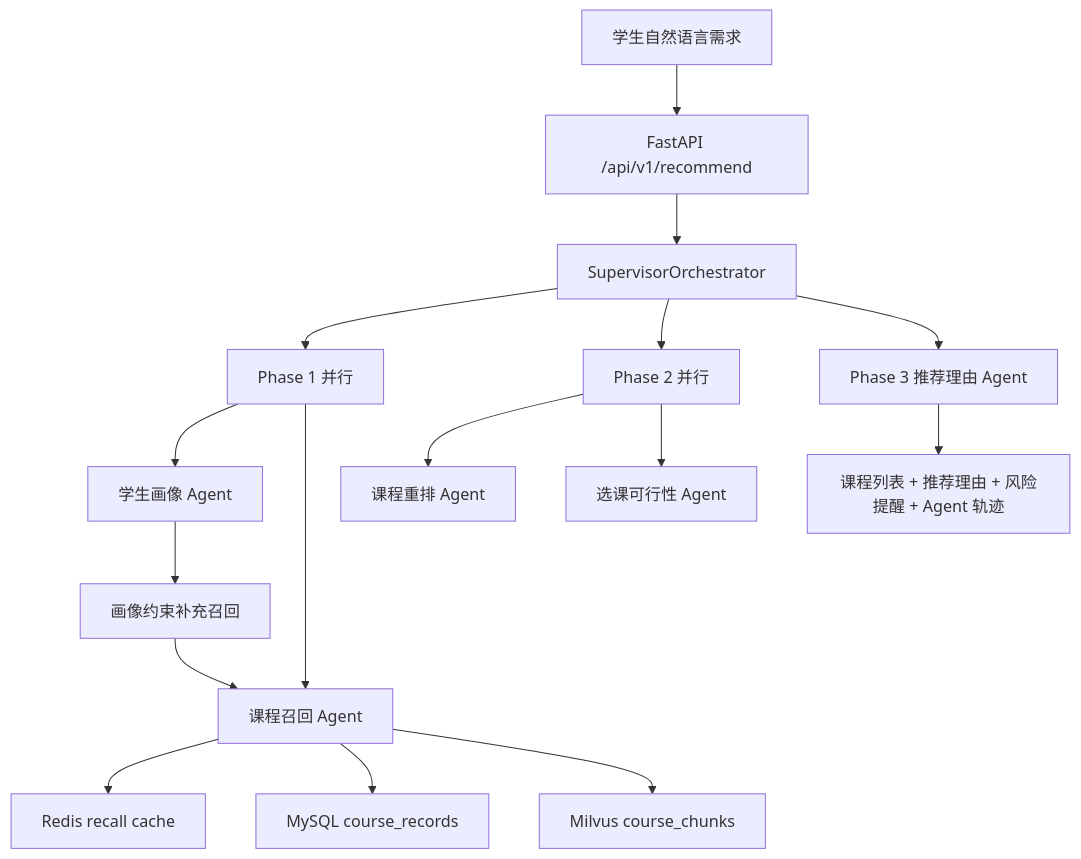
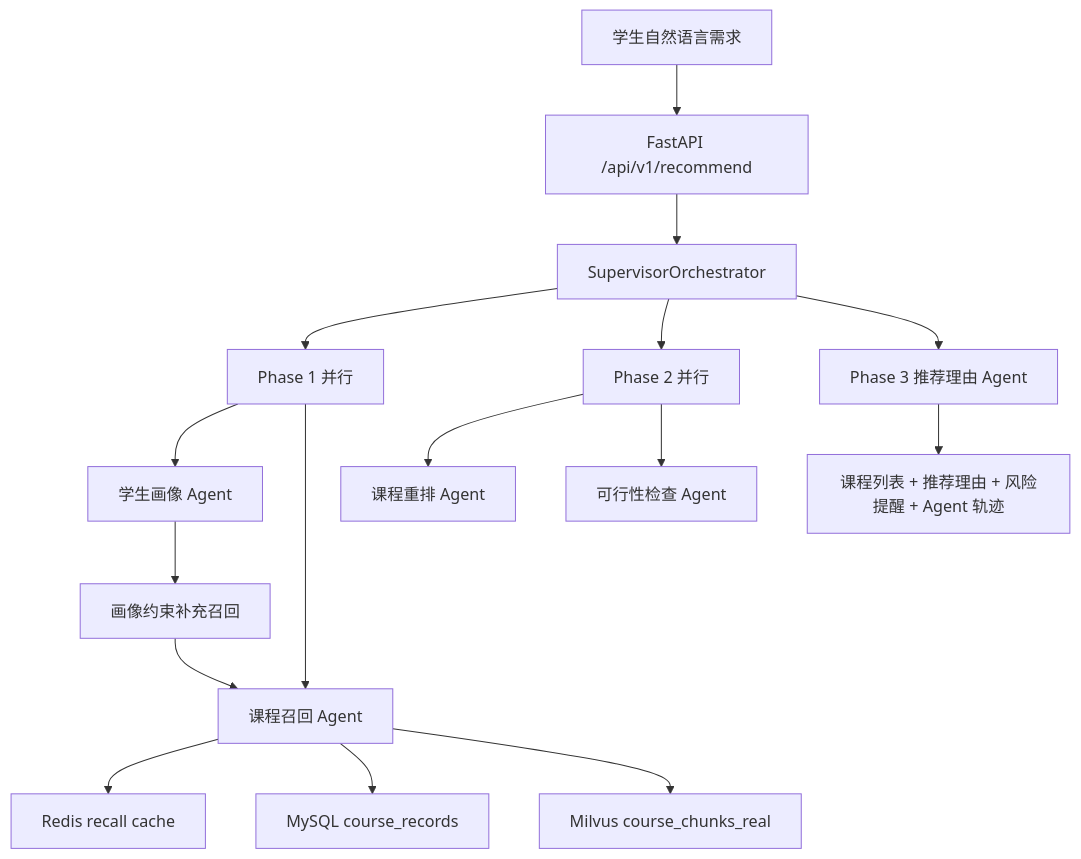
The diagram in README.md (UNCEIR/multi-agent-course-system), drawn with Mermaid before and after one commit. The commit also changed other lines of this file and 4 other files, not shown here.

````diff
--- a/README.md
+++ b/README.md
@@ -40,23 +153,23 @@
 ```mermaid
 flowchart TD
     studentPrompt["学生自然语言需求"] --> api["FastAPI /api/v1/recommend"]
     api --> supervisor["SupervisorOrchestrator"]
 
     supervisor --> phase1["Phase 1 并行"]
     phase1 --> profileAgent["学生画像 Agent"]
     phase1 --> recallAgent["课程召回 Agent"]
 
     recallAgent --> redisCache["Redis recall cache"]
     recallAgent --> mysql["MySQL course_records"]
-    recallAgent --> milvus["Milvus course_chunks"]
+    recallAgent --> milvus["Milvus course_chunks_real"]
 
     profileAgent --> refinedRecall["画像约束补充召回"]
     refinedRecall --> recallAgent
 
     supervisor --> phase2["Phase 2 并行"]
     phase2 --> rerankAgent["课程重排 Agent"]
-    phase2 --> feasibilityAgent["选课可行性 Agent"]
+    phase2 --> feasibilityAgent["可行性检查 Agent"]
 
     supervisor --> reasonAgent["Phase 3 推荐理由 Agent"]
     reasonAgent --> response["课程列表 + 推荐理由 + 风险提醒 + Agent 轨迹"]
 ```
````
